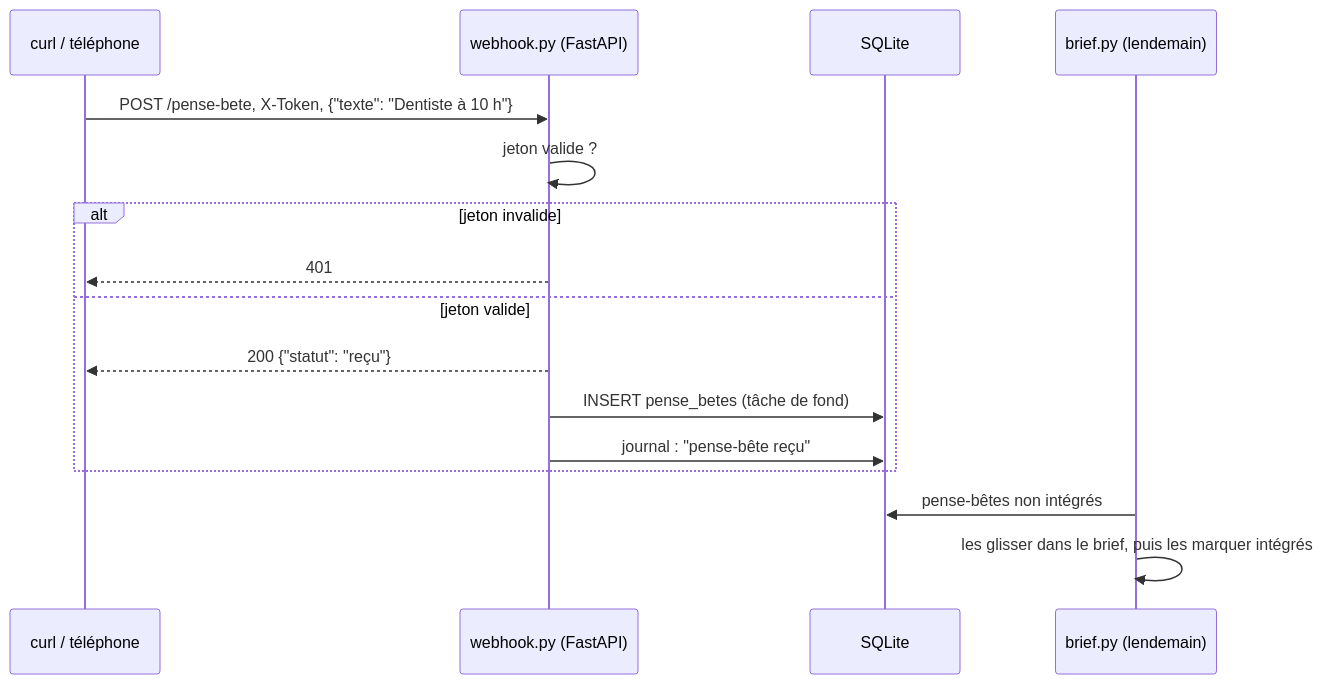
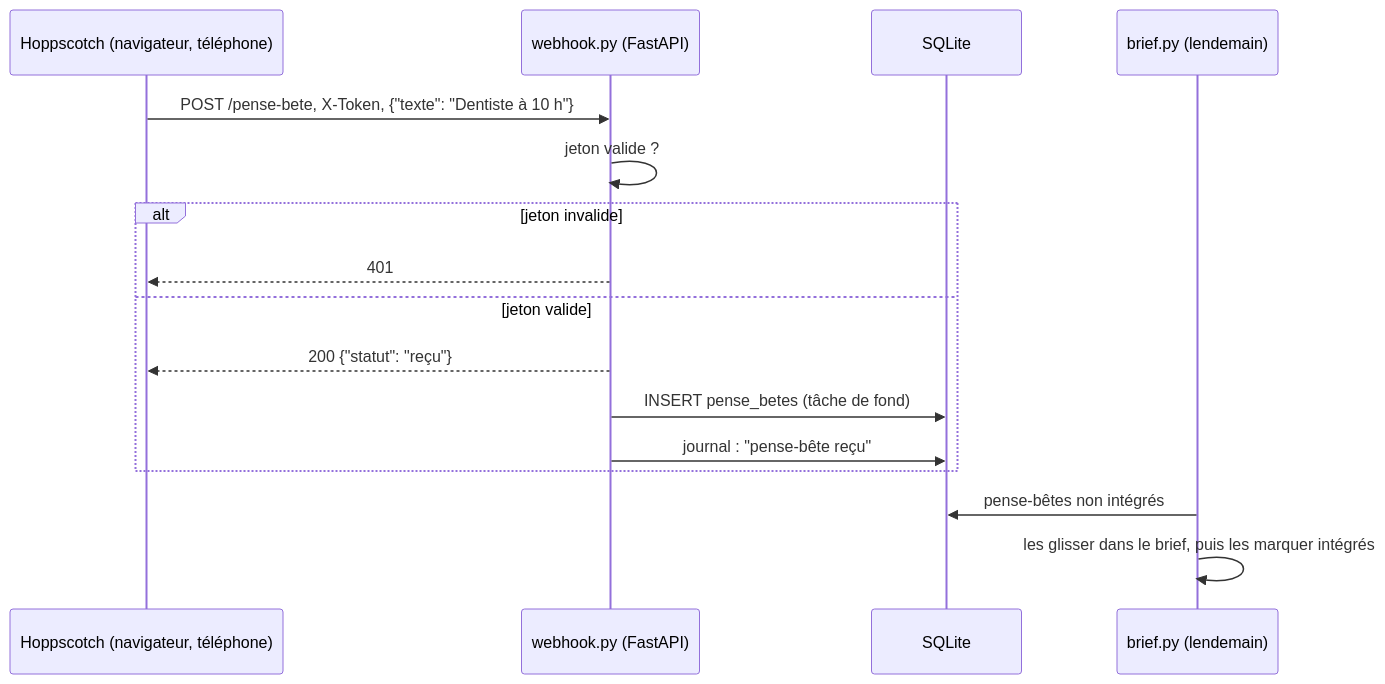
Before and after one commit to lecinquiemejour-code/goodvibe-tuto: diagram 33 of 38 in tuto-goodvibe-vibecoding.md, drawn with Mermaid. The commit also changed other lines of this file, not shown here.

Commit message:
Tuto, fiche 15 : envoi du pense-bête depuis Hoppscotch, CORS, déploiement par le pipeline

````diff
--- a/tuto-goodvibe-vibecoding.md
+++ b/tuto-goodvibe-vibecoding.md
@@ -1065,18 +1065,18 @@
 ```mermaid
 sequenceDiagram
-    participant X as curl / téléphone
+    participant X as Hoppscotch (navigateur, téléphone)
     participant W as webhook.py (FastAPI)
     participant D as SQLite
     participant B as brief.py (lendemain)
     X->>W: POST /pense-bete, X-Token, {"texte": "Dentiste à 10 h"}
     W->>W: jeton valide ?
     alt jeton invalide
         W-->>X: 401
     else jeton valide
         W-->>X: 200 {"statut": "reçu"}
         W->>D: INSERT pense_betes (tâche de fond)
         W->>D: journal : "pense-bête reçu"
     end
     B->>D: pense-bêtes non intégrés
     B->>B: les glisser dans le brief, puis les marquer intégrés
 ```
````
